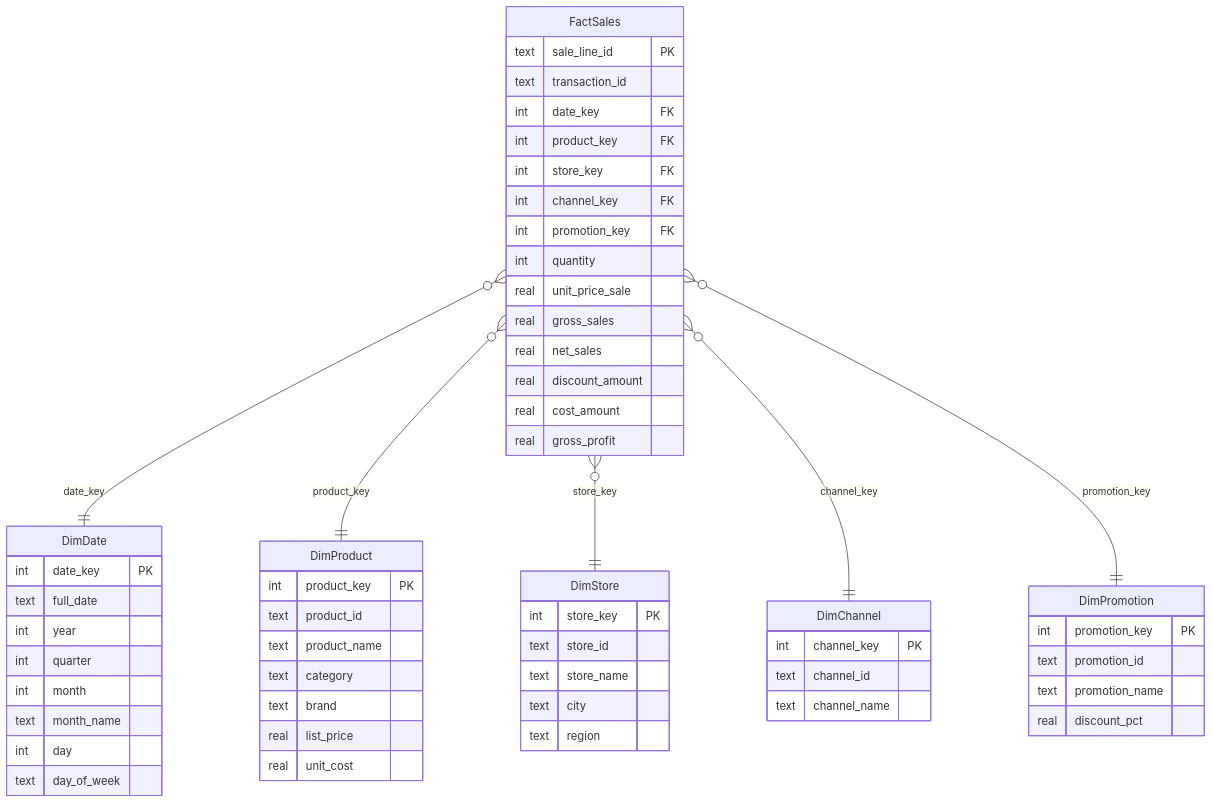
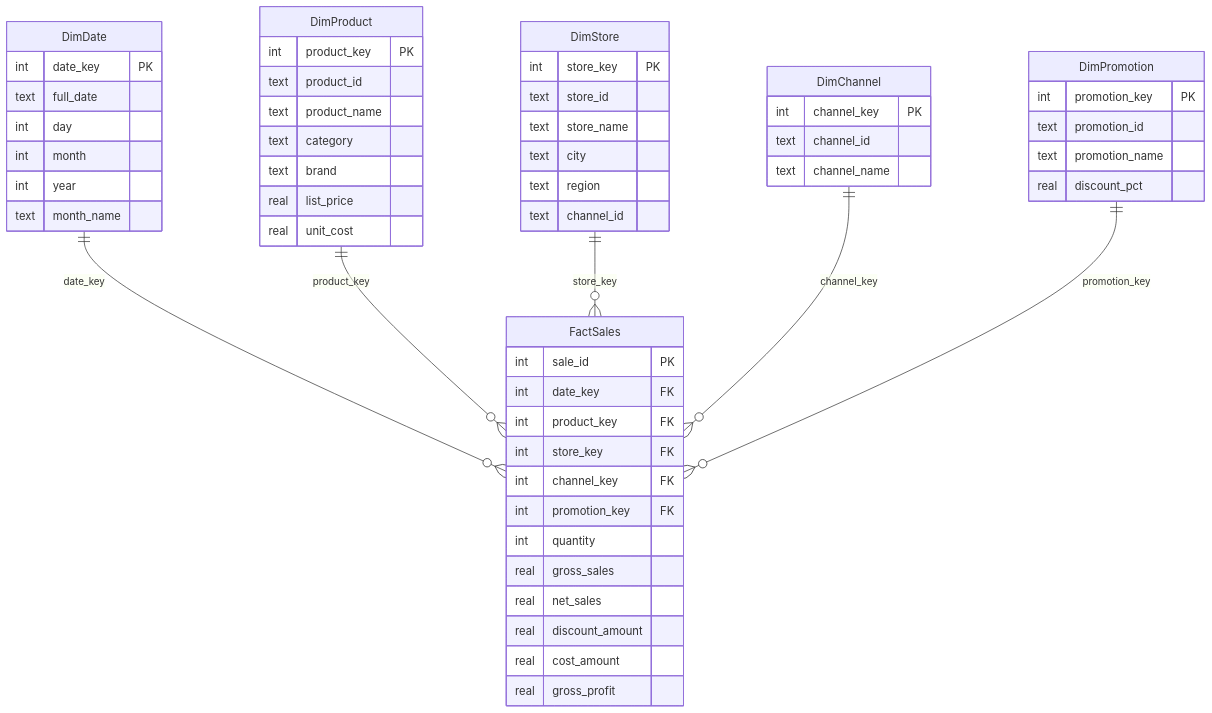
The second of 2 diagrams in README.md (driosoft-pro/lab2-dimensional-dw), drawn with Mermaid before and after one commit. The commit also changed other lines of this file, not shown here.

First line of the commit message:
Update README with System Architecture and execution guide

````diff
--- a/README.md
+++ b/README.md
@@ -75,67 +229,64 @@
 ```mermaid
 erDiagram
     DimDate {
         int date_key PK
         text full_date
+        int day
+        int month
         int year
-        int quarter
-        int month
         text month_name
-        int day
-        text day_of_week
     }
 
     DimProduct {
         int product_key PK
         text product_id
         text product_name
         text category
         text brand
         real list_price
         real unit_cost
     }
 
     DimStore {
         int store_key PK
         text store_id
         text store_name
         text city
         text region
+        text channel_id
     }
 
     DimChannel {
         int channel_key PK
         text channel_id
         text channel_name
     }
 
     DimPromotion {
         int promotion_key PK
         text promotion_id
         text promotion_name
         real discount_pct
     }
 
     FactSales {
-        text sale_line_id PK
-        text transaction_id
+        int sale_id PK
         int date_key FK
         int product_key FK
         int store_key FK
         int channel_key FK
         int promotion_key FK
         int quantity
-        real unit_price_sale
         real gross_sales
         real net_sales
         real discount_amount
         real cost_amount
         real gross_profit
     }
 
-    FactSales }o--|| DimDate      : "date_key"
-    FactSales }o--|| DimProduct   : "product_key"
-    FactSales }o--|| DimStore     : "store_key"
-    FactSales }o--|| DimChannel   : "channel_key"
-    FactSales }o--|| DimPromotion : "promotion_key"
+    DimDate ||--o{ FactSales : "date_key"
+    DimProduct ||--o{ FactSales : "product_key"
+    DimStore ||--o{ FactSales : "store_key"
+    DimChannel ||--o{ FactSales : "channel_key"
+    DimPromotion ||--o{ FactSales : "promotion_key"
 ```
````
